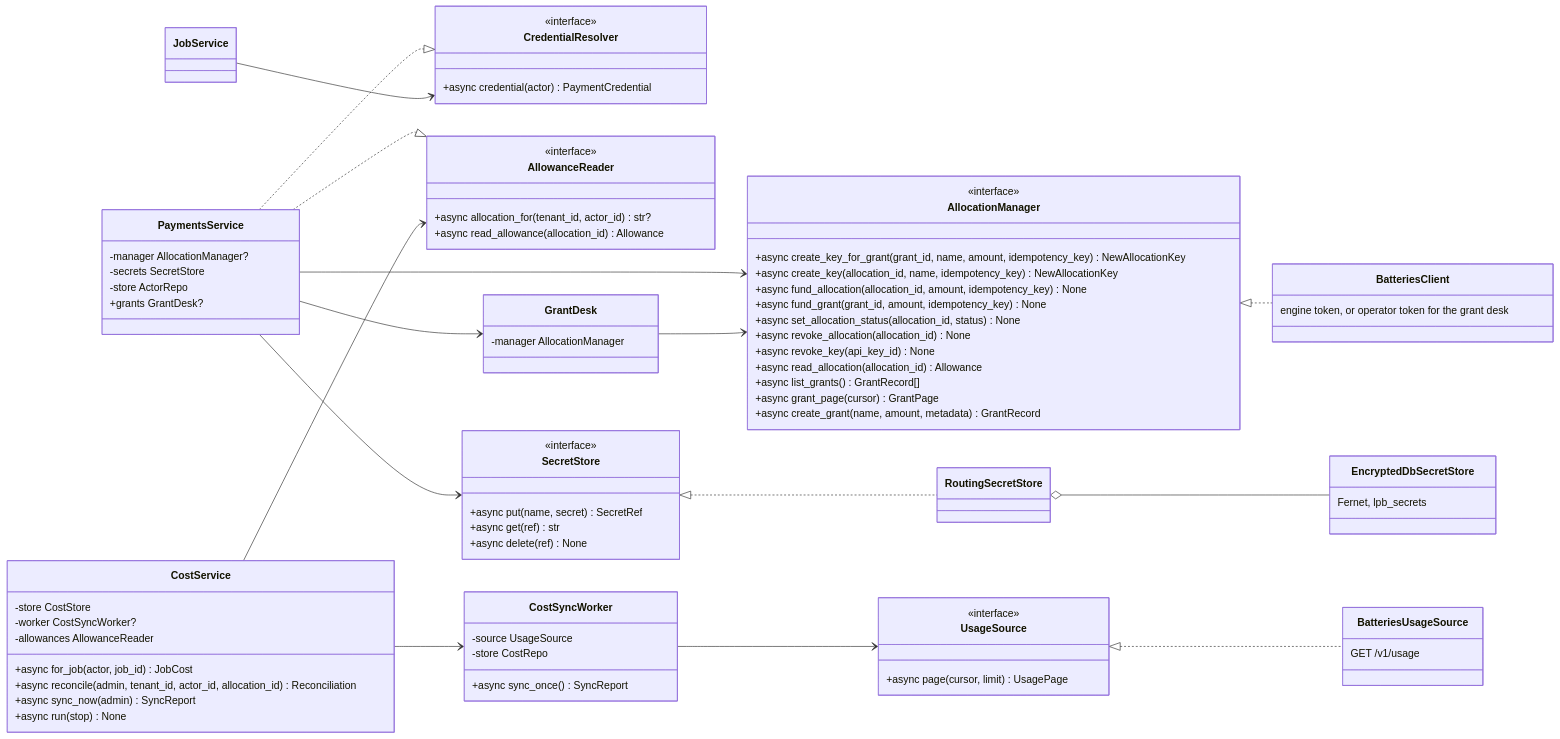
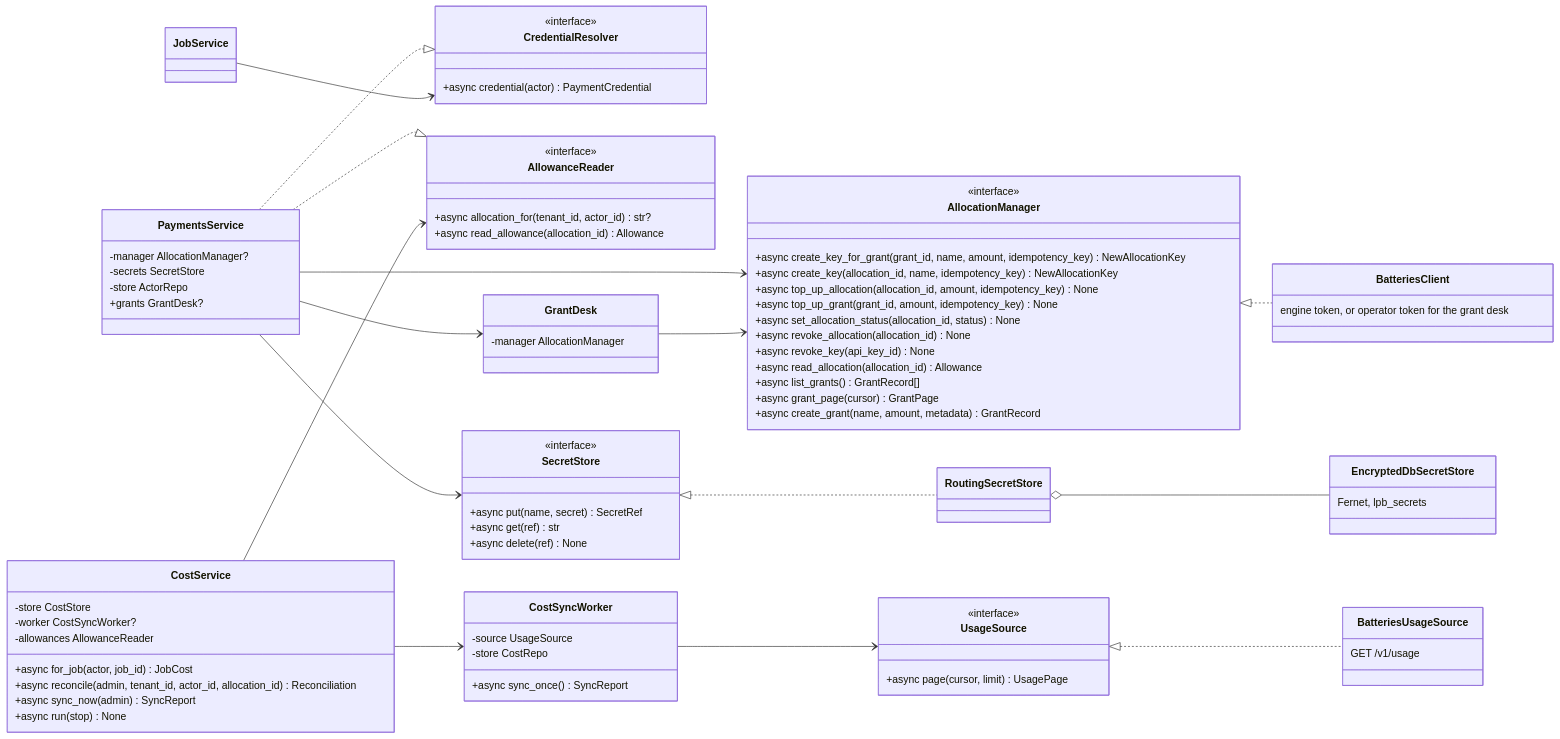
One commit to NE-Build-Track/livepeer-builder-core changed the fifth of 16 diagrams in docs/design-docs/interfaces-and-http-servers.md. Above: the diagram before and after it, drawn with Mermaid. The commit also changed other lines of this file and 50 other files, not shown here.

First line of the commit message:
refactor(payments)!: fund becomes top up (#163)

```diff
--- a/docs/design-docs/interfaces-and-http-servers.md
+++ b/docs/design-docs/interfaces-and-http-servers.md
@@ -351,8 +351,8 @@
         <<interface>>
         +async create_key_for_grant(grant_id, name, amount, idempotency_key) NewAllocationKey
         +async create_key(allocation_id, name, idempotency_key) NewAllocationKey
-        +async fund_allocation(allocation_id, amount, idempotency_key) None
-        +async fund_grant(grant_id, amount, idempotency_key) None
+        +async top_up_allocation(allocation_id, amount, idempotency_key) None
+        +async top_up_grant(grant_id, amount, idempotency_key) None
         +async set_allocation_status(allocation_id, status) None
         +async revoke_allocation(allocation_id) None
         +async revoke_key(api_key_id) None
```
